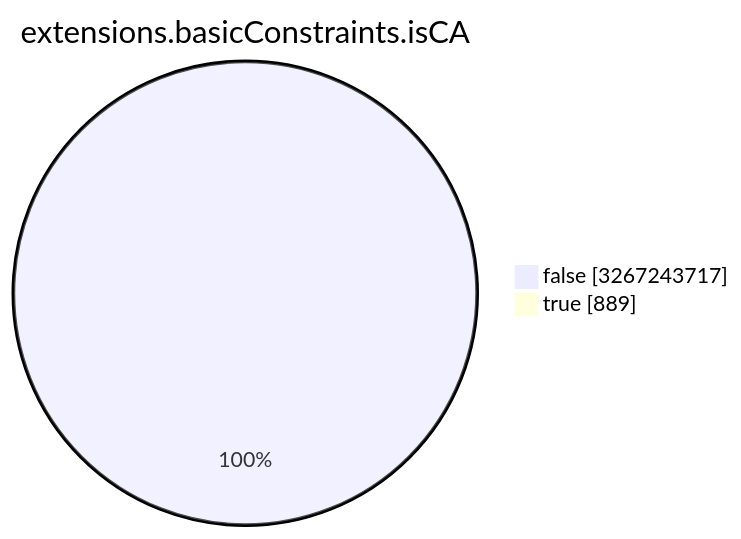
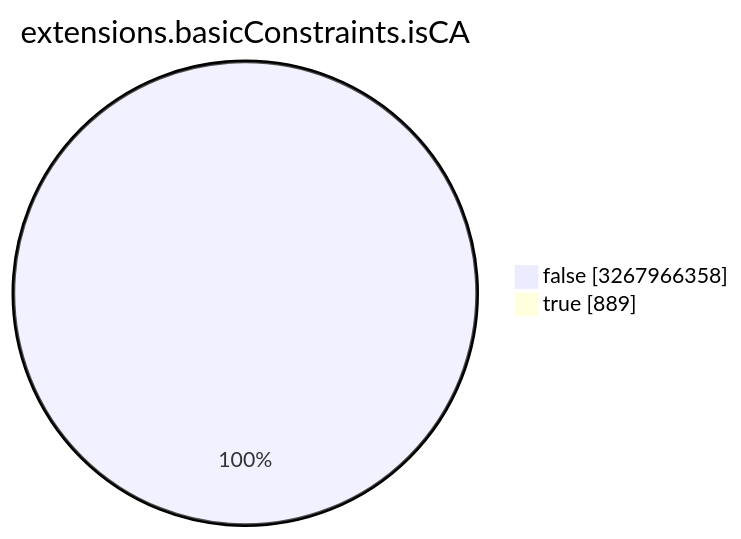
The seventh of 15 diagrams in TOTAL/README.md (christiankrug/ctmonitor_visualization), drawn with Mermaid before and after one commit. The commit also changed other lines of this file, not shown here.

````diff
--- a/TOTAL/README.md
+++ b/TOTAL/README.md
@@ -3089,6 +3089,6 @@
 ```mermaid
 pie showData
 title extensions.basicConstraints.isCA
-"false" :3267243717
+"false" :3267966358
 "true" :889
 ```
````
